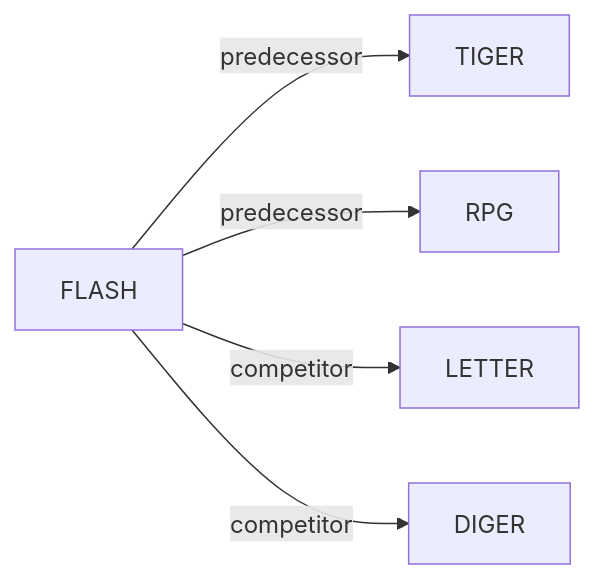
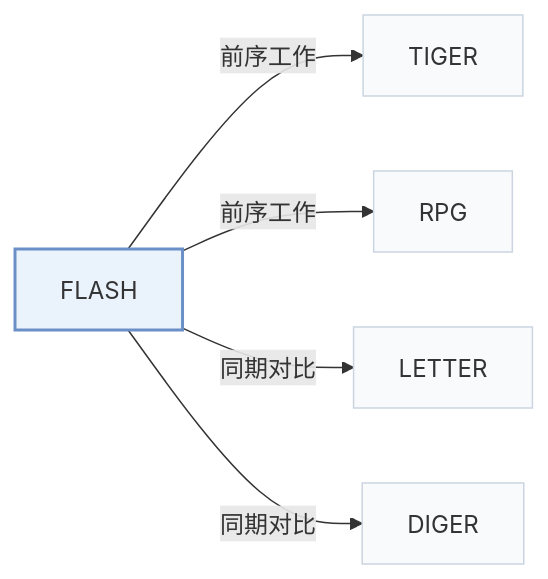
One commit to Galaxy-ghost/Awesome-SID-Generative-Rec changed the second of 2 diagrams in pages/zh/papers/flash.md. Above: the diagram before and after it, drawn with Mermaid. The commit also changed other lines of this file and 649 other files, not shown here.

Commit message:
writer-05: also tags and modality index (schema, check, build, visuals); summary field removed; calibration data for 12 papers

````diff
--- a/pages/zh/papers/flash.md
+++ b/pages/zh/papers/flash.md
@@ -68,8 +74,12 @@
 ```mermaid
 flowchart LR
     P["FLASH"]
-    P -->|predecessor| A["TIGER"]
-    P -->|predecessor| B["RPG"]
-    P -->|competitor| C["LETTER"]
-    P -->|competitor| D["DIGER"]
+    P -->|"前序工作"| A["TIGER"]
+    P -->|"前序工作"| B["RPG"]
+    P -->|"同期对比"| C["LETTER"]
+    P -->|"同期对比"| D["DIGER"]
+    classDef main fill:#eaf2fb,stroke:#6b8fc7,stroke-width:2px
+    classDef peer fill:#f8fafc,stroke:#cbd5e1
+    class P main
+    class A,B,C,D peer
 ```
````
